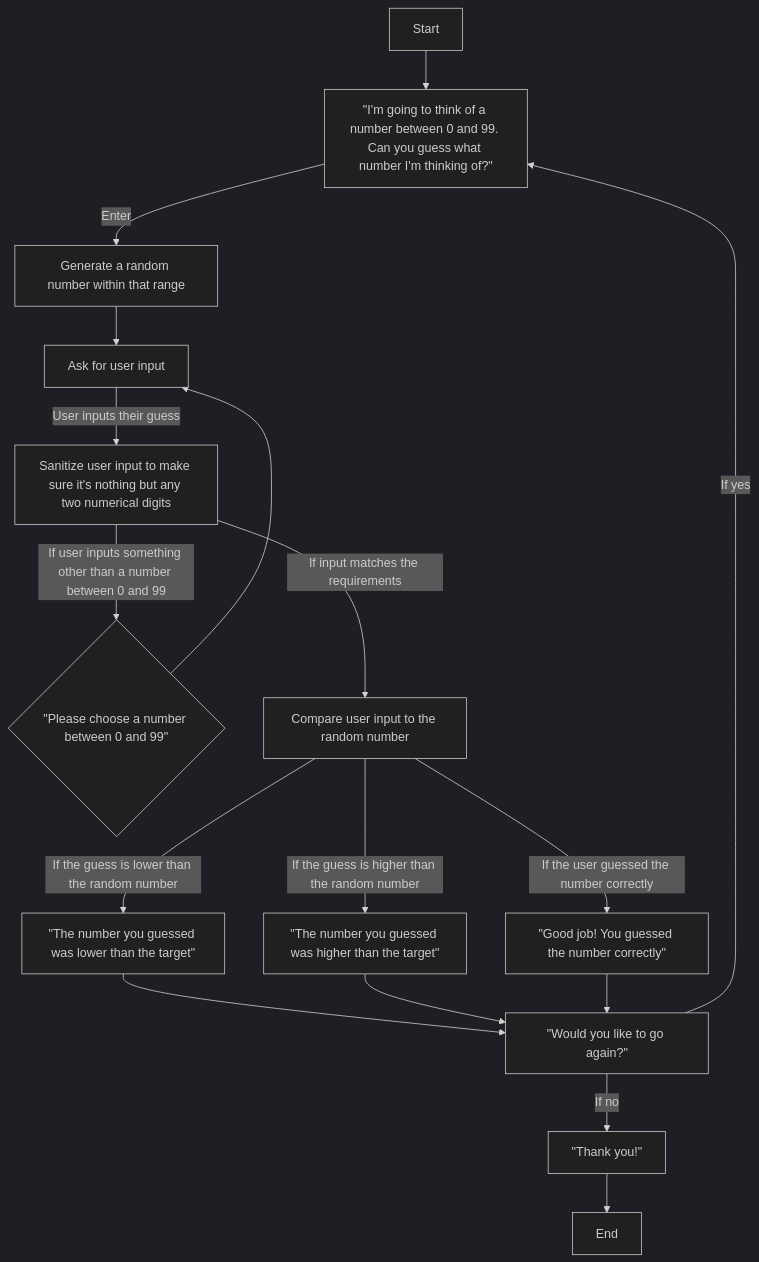
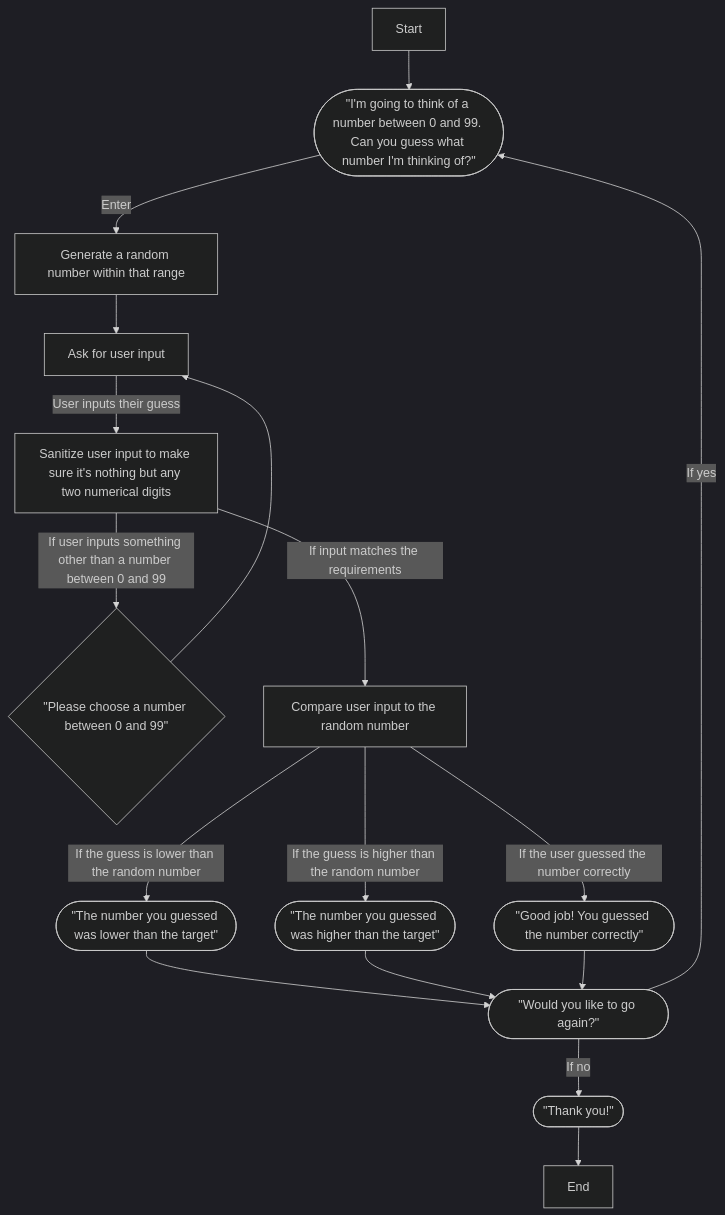
The diagram in Diagram.md (melanieb98/melanieb98), drawn with Mermaid (dark theme) before and after one commit. The commit also changed other lines of this file, not shown here.

````diff
--- a/Diagram.md
+++ b/Diagram.md
@@ -1,22 +1,22 @@
 ```mermaid
 
 flowchart TD
 
-    Start[Start]-->st1[#quot;I'm going to think of a number between 0 and 99. Can you guess what number I'm thinking of?#quot;];
+    Start[Start]-->st1([#quot;I'm going to think of a number between 0 and 99. Can you guess what number I'm thinking of?#quot;]);
     st1--Enter-->st1.1[Generate a random number within that range];
     st1.1-->st2[Ask for user input];
     st2--User inputs their guess-->st3[Sanitize user input to make sure it's nothing but any two numerical digits];
     st3--If user inputs something other than a number between 0 and 99-->st3.1{#quot;Please choose a number between 0 and 99#quot;};
     st3.1-->st2;
     st3--If input matches the requirements-->st4[Compare user input to the random number];
-    st4--If the guess is lower than the random number-->lower[#quot;The number you guessed was lower than the target#quot;];
-    st4--If the guess is higher than the random number-->higher[#quot;The number you guessed was higher than the target#quot;];
-    st4--If the user guessed the number correctly-->correct[#quot;Good job! You guessed the number correctly#quot;];
-    lower-->repeat[#quot;Would you like to go again?#quot;];
+    st4--If the guess is lower than the random number-->lower([#quot;The number you guessed was lower than the target#quot;]);
+    st4--If the guess is higher than the random number-->higher([#quot;The number you guessed was higher than the target#quot;]);
+    st4--If the user guessed the number correctly-->correct([#quot;Good job! You guessed the number correctly#quot;]);
+    lower-->repeat([#quot;Would you like to go again?#quot;]);
     higher-->repeat;
     correct-->repeat;
     repeat--If yes-->st1;
-    repeat--If no -->stop[#quot;Thank you!#quot;];
+    repeat--If no -->stop([#quot;Thank you!#quot;]);
     stop-->End[End];
 
 ```
````
